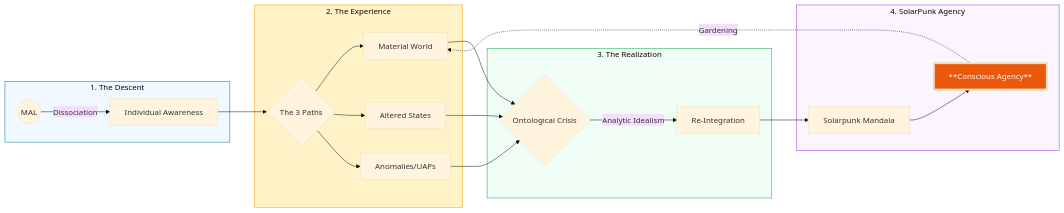
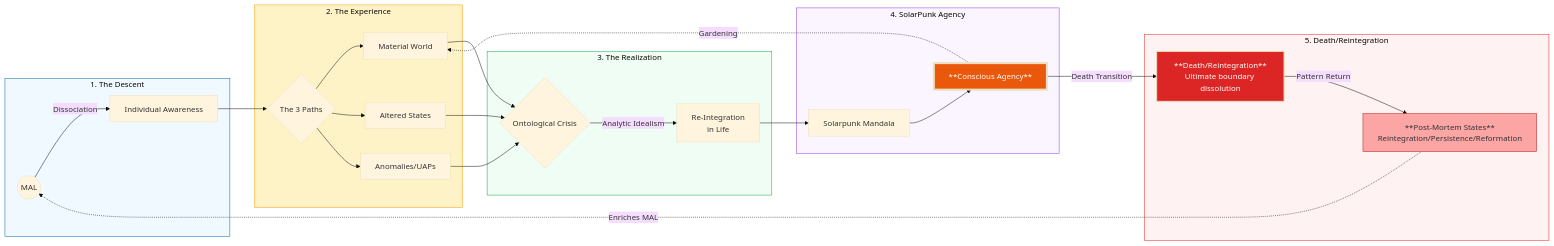
The third of 13 diagrams in framework/core-model/01-ontology-analytic-idealism.md (ravaioli/solarpunk-mandala), drawn with Mermaid (base theme) before and after one commit. The commit also changed other lines of this file, not shown here.

````diff
--- a/framework/core-model/01-ontology-analytic-idealism.md
+++ b/framework/core-model/01-ontology-analytic-idealism.md
@@ -244,35 +295,45 @@
 ```mermaid
 flowchart LR
     %% Phase 1: The Descent
     subgraph Phase_1 [1. The Descent]
     A((MAL)) -->|Dissociation| B[Individual Awareness]
     end
 
     %% Phase 2: The Experience (The Three Paths)
     subgraph Phase_2 [2. The Experience]
     B --> C{The 3 Paths}
     C --> D[Material World]
     C --> E[Altered States]
     C --> F[Anomalies/UAPs]
     end
 
     %% Phase 3: The Turning Point
     subgraph Phase_3 [3. The Realization]
     D & E & F --> G{Ontological Crisis}
-    G -->|Analytic Idealism| H[Re-Integration]
+    G -->|Analytic Idealism| H[Re-Integration<br>in Life]
     end
 
     %% Phase 4: The Fourth Path
     subgraph Phase_4 [4. SolarPunk Agency]
     H --> I[Solarpunk Mandala]
     I --> J[**Conscious Agency**]
     J -.->|Gardening| D
     end
 
+    %% Phase 5: The Return
+    subgraph Phase_5 [5. Death/Reintegration]
+    J -->|Death Transition| K[**Death/Reintegration**<br>Ultimate boundary dissolution]
+    K -->|Pattern Return| L[**Post-Mortem States**<br>Reintegration/Persistence/Reformation]
+    L -.->|Enriches MAL| A
+    end
+
     %% Styling
     style Phase_1 fill:#f0f9ff,stroke:#0369a1
     style Phase_2 fill:#fef3c7,stroke:#f59e0b
     style Phase_3 fill:#f0fdf4,stroke:#16a34a
     style Phase_4 fill:#faf5ff,stroke:#9333ea
+    style Phase_5 fill:#fef2f2,stroke:#dc2626
     style J fill:#ea580c,color:#fff,stroke-width:4px
+    style K fill:#dc2626,color:#fff,stroke-width:2px
+    style L fill:#fca5a5,stroke:#b91c1c
 ```
````
